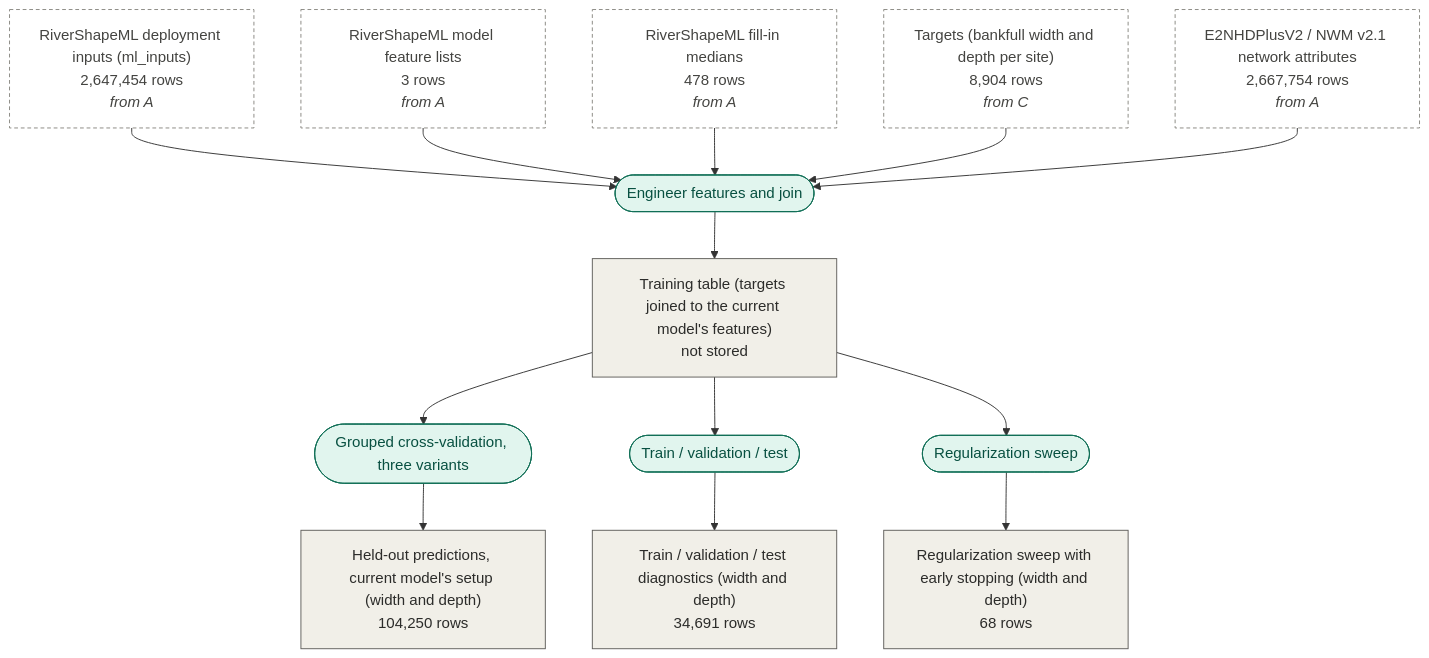
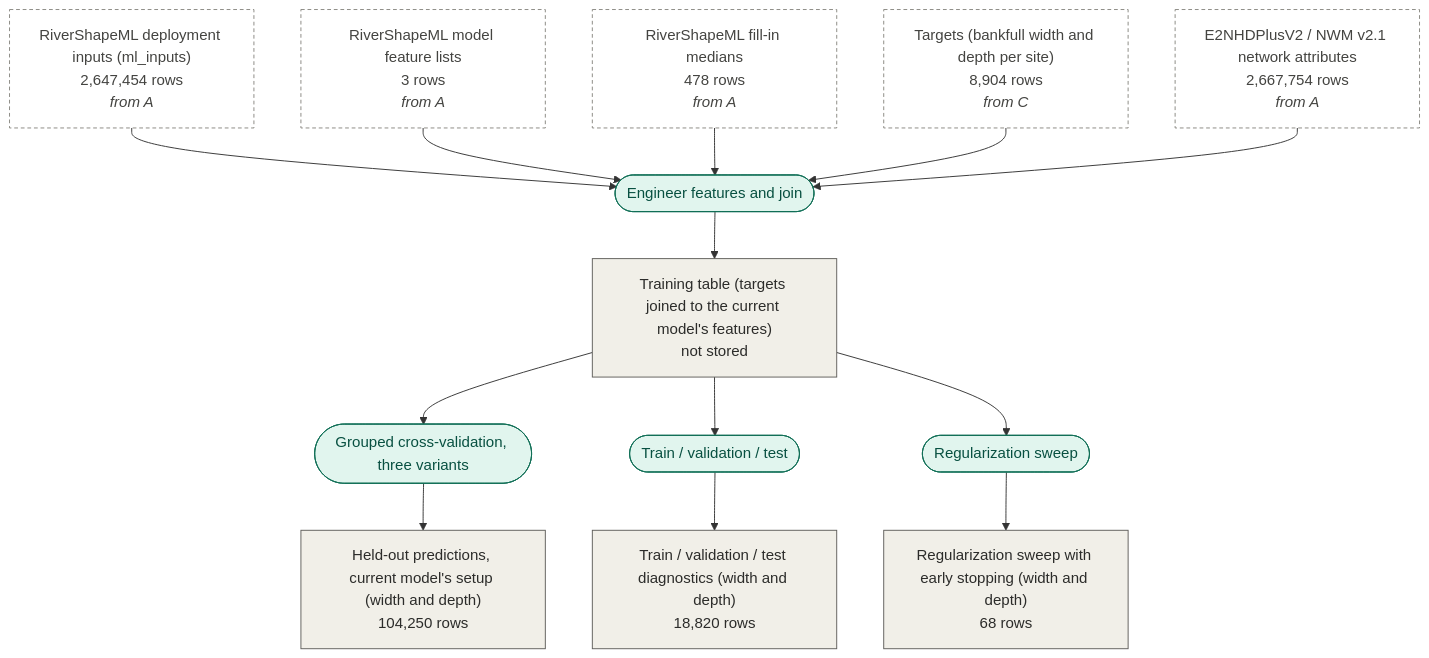
One commit to drmerlot/rivershapeml-more-data changed the sixth of 7 diagrams in docs/data_lineage.md. Above: the diagram before and after it, drawn with Mermaid. The commit also changed other lines of this file and 9 other files, not shown here.

````diff
--- a/docs/data_lineage.md
+++ b/docs/data_lineage.md
@@ -676,31 +676,31 @@
 ```mermaid
 flowchart TD
   e2nhdplus["E2NHDPlusV2 / NWM v2.1 network attributes<br/>2,667,754 rows<br/><i>from A</i>"]:::external
   ml_inputs["RiverShapeML deployment inputs (ml_inputs)<br/>2,647,454 rows<br/><i>from A</i>"]:::external
   riverml_feature_lists["RiverShapeML model feature lists<br/>3 rows<br/><i>from A</i>"]:::external
   riverml_fill_medians["RiverShapeML fill-in medians<br/>478 rows<br/><i>from A</i>"]:::external
   riverml_runs["Held-out predictions, current model's setup (width and depth)<br/>104,250 rows"]:::table
   targets["Targets (bankfull width and depth per site)<br/>8,904 rows<br/><i>from C</i>"]:::external
-  train_eval["Train / validation / test diagnostics (width and depth)<br/>34,691 rows"]:::table
+  train_eval["Train / validation / test diagnostics (width and depth)<br/>18,820 rows"]:::table
   training_table["Training table (targets joined to the current model's features)<br/>not stored"]:::table
   tuning["Regularization sweep with early stopping (width and depth)<br/>68 rows"]:::table
   op_engineer_join(["Engineer features and join"]):::op
   ml_inputs --> op_engineer_join
   riverml_feature_lists --> op_engineer_join
   riverml_fill_medians --> op_engineer_join
   targets --> op_engineer_join
   e2nhdplus --> op_engineer_join
   op_engineer_join --> training_table
   op_cross_validate(["Grouped cross-validation, three variants"]):::op
   training_table --> op_cross_validate
   op_cross_validate --> riverml_runs
   op_train_valid_test(["Train / validation / test"]):::op
   training_table --> op_train_valid_test
   op_train_valid_test --> train_eval
   op_tune(["Regularization sweep"]):::op
   training_table --> op_tune
   op_tune --> tuning
   classDef table fill:#F1EFE8,stroke:#5F5E5A,color:#2C2C2A
   classDef external fill:#ffffff,stroke:#888780,stroke-dasharray:4 3,color:#444441
   classDef op fill:#E1F5EE,stroke:#0F6E56,color:#085041
 ```
````
